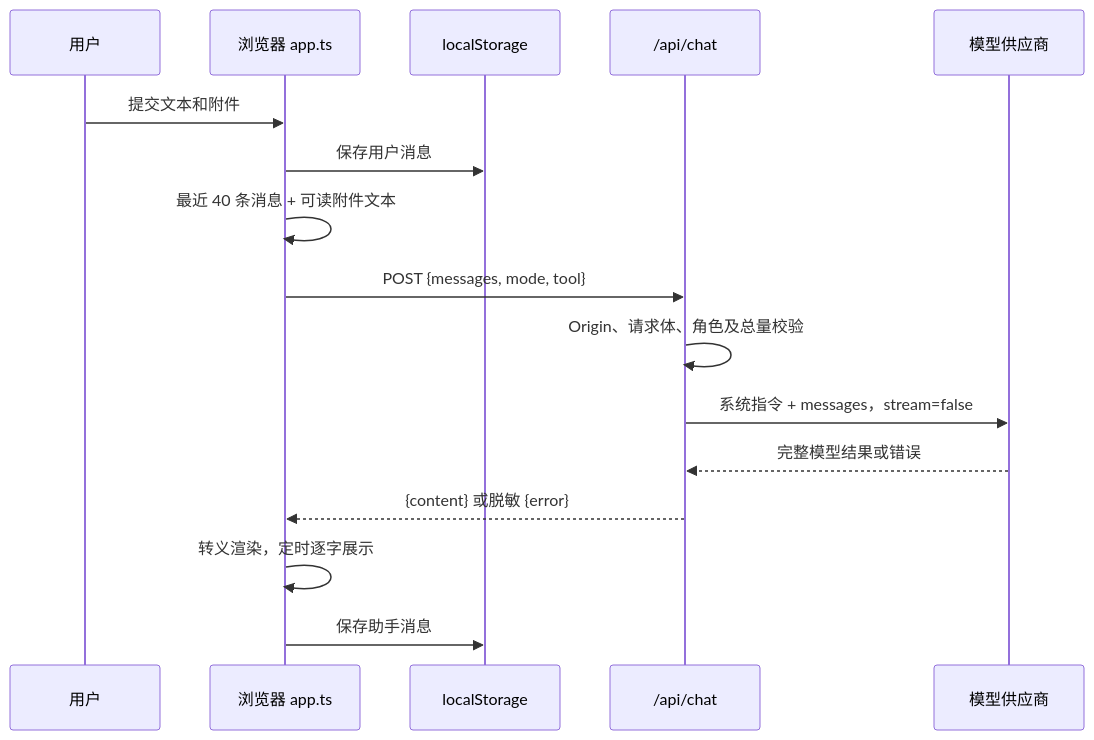
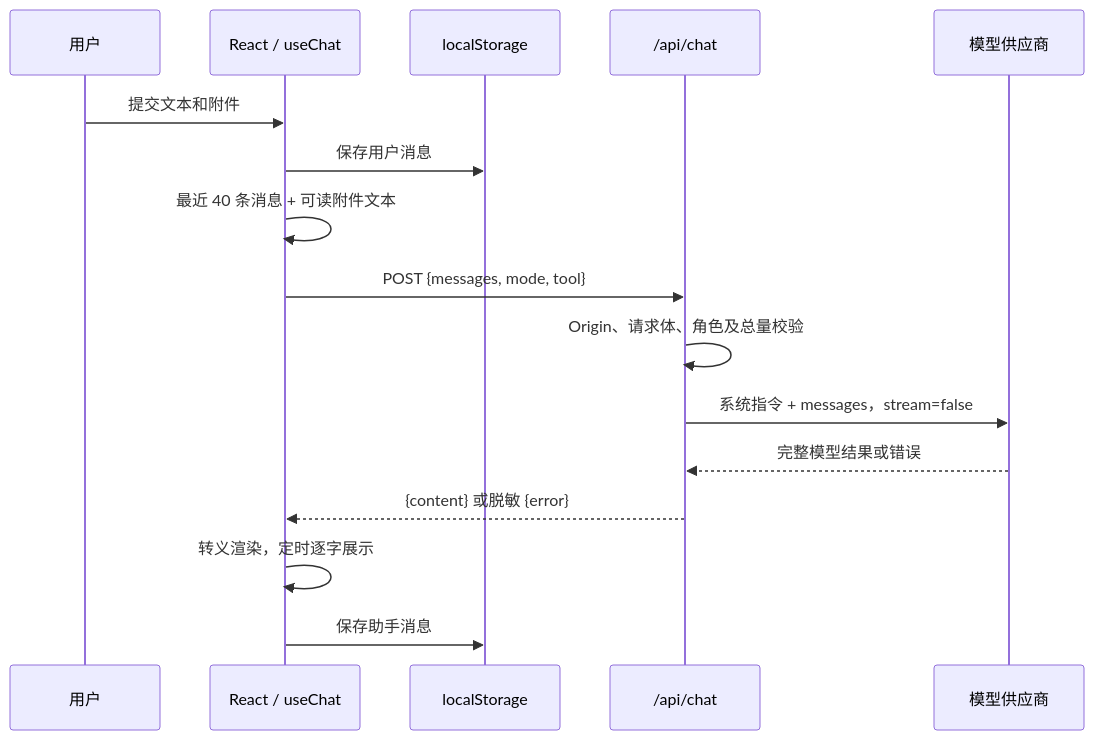
One commit to yhstsy/my_qwen changed the second of 2 diagrams in docs/ARCHITECTURE.md. Above: the diagram before and after it, drawn with Mermaid. The commit also changed other lines of this file and 37 other files, not shown here.

````diff
--- a/docs/ARCHITECTURE.md
+++ b/docs/ARCHITECTURE.md
@@ -91,18 +108,18 @@
 ```mermaid
 sequenceDiagram
     participant U as 用户
-    participant B as 浏览器 app.ts
+    participant B as React / useChat
     participant L as localStorage
     participant A as /api/chat
     participant M as 模型供应商
     U->>B: 提交文本和附件
     B->>L: 保存用户消息
     B->>B: 最近 40 条消息 + 可读附件文本
     B->>A: POST {messages, mode, tool}
     A->>A: Origin、请求体、角色及总量校验
     A->>M: 系统指令 + messages，stream=false
     M-->>A: 完整模型结果或错误
     A-->>B: {content} 或脱敏 {error}
     B->>B: 转义渲染，定时逐字展示
     B->>L: 保存助手消息
 ```
````
